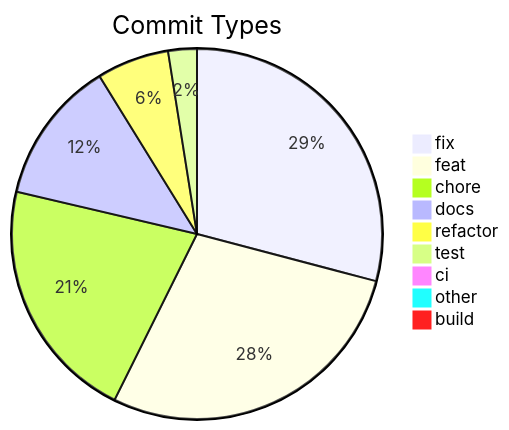
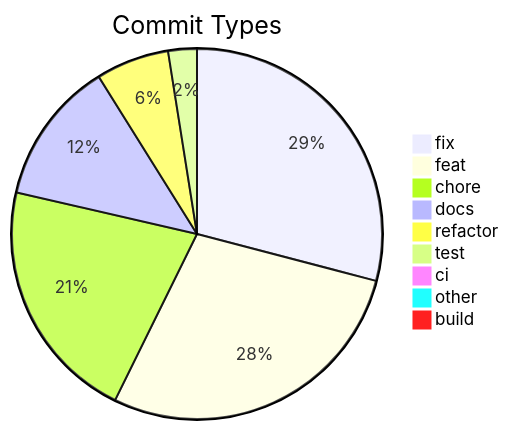
Before and after one commit to svenroth-ai/shipwright: the diagram in .shipwright/compliance/change-history.md, drawn with Mermaid. The commit also changed other lines of this file and 39 other files, not shown here.

````diff
--- a/.shipwright/compliance/change-history.md
+++ b/.shipwright/compliance/change-history.md
@@ -8,12 +8,12 @@
 ```mermaid
 pie title Commit Types
     "fix" : 337
     "feat" : 327
     "chore" : 247
     "docs" : 145
-    "refactor" : 73
+    "refactor" : 74
     "test" : 29
     "ci" : 11
     "other" : 9
     "build" : 1
 ```
````
